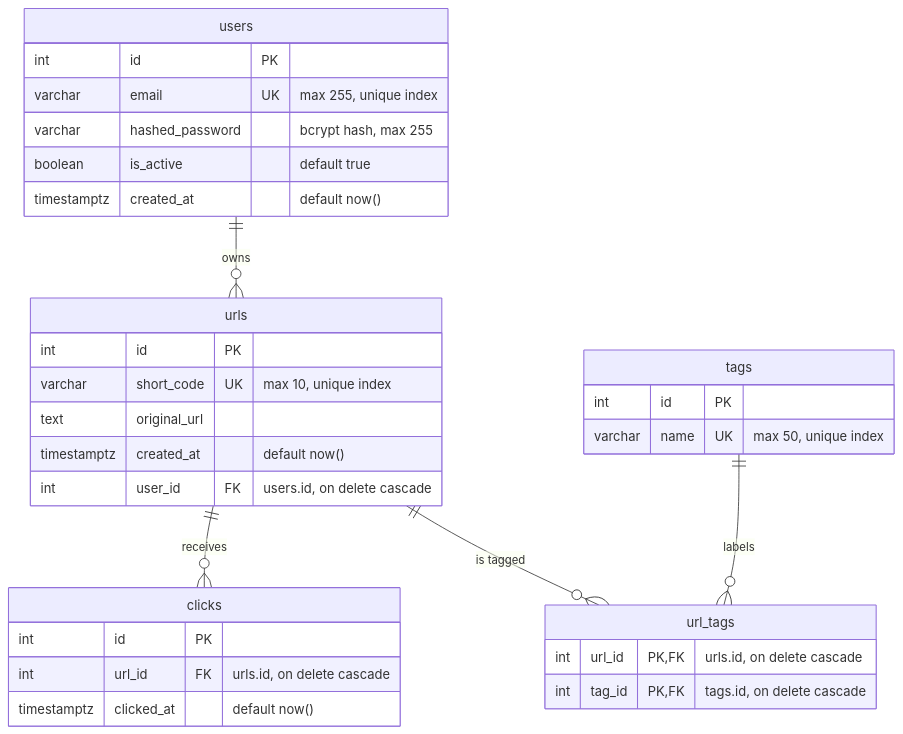
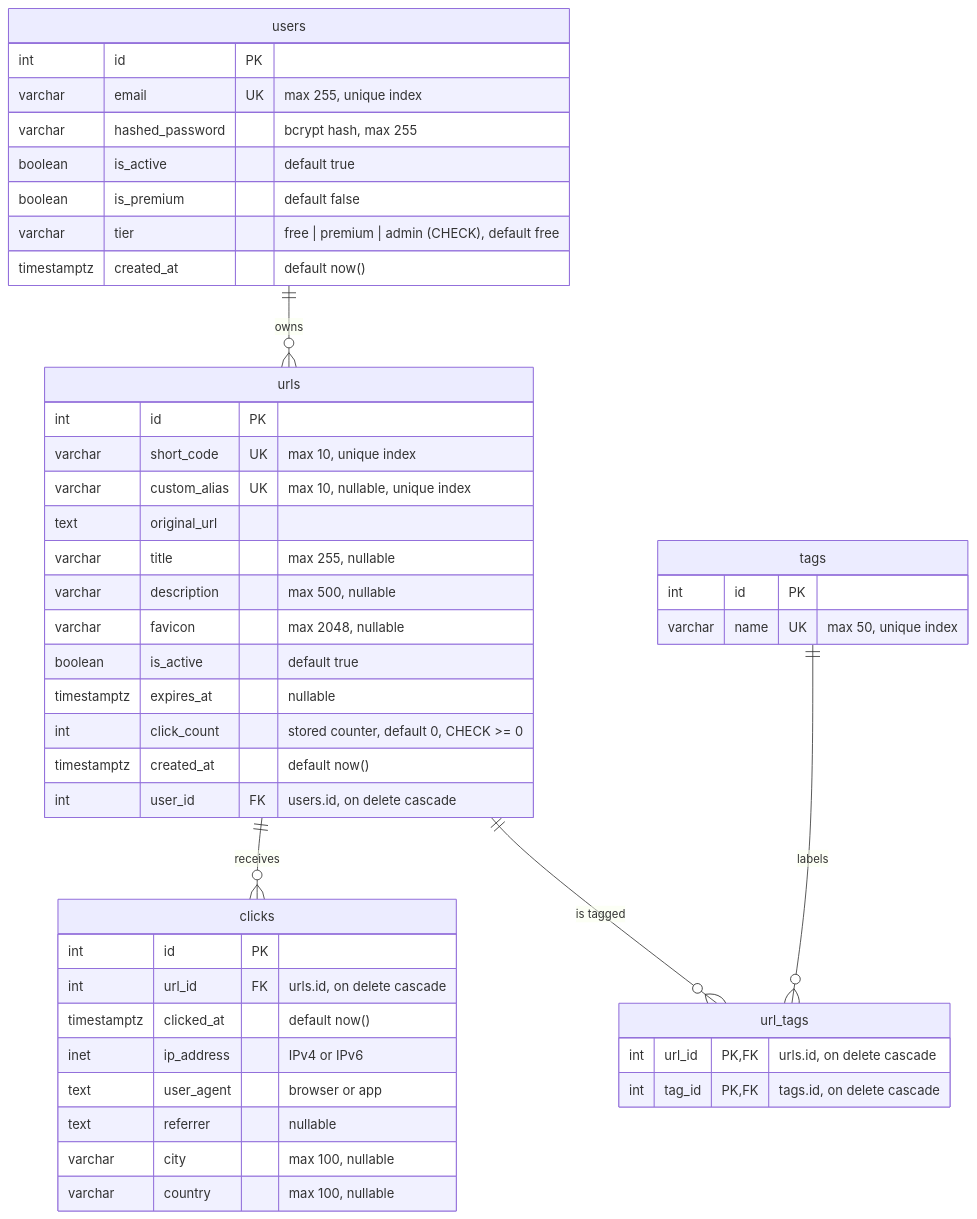
Before and after one commit to TaylorChongo/URL-Shortener-Microservice: the diagram in README.md, drawn with Mermaid. The commit also changed other lines of this file, not shown here.

Commit message:
update readme for new fields, stored click count and migrations 5-7

````diff
--- a/README.md
+++ b/README.md
@@ -135,39 +138,53 @@
 ```mermaid
 erDiagram
     users ||--o{ urls : "owns"
     urls ||--o{ clicks : "receives"
     urls ||--o{ url_tags : "is tagged"
     tags ||--o{ url_tags : "labels"
 
     users {
         int id PK
         varchar email UK "max 255, unique index"
         varchar hashed_password "bcrypt hash, max 255"
         boolean is_active "default true"
+        boolean is_premium "default false"
+        varchar tier "free | premium | admin (CHECK), default free"
         timestamptz created_at "default now()"
     }
 
     urls {
         int id PK
         varchar short_code UK "max 10, unique index"
+        varchar custom_alias UK "max 10, nullable, unique index"
         text original_url
+        varchar title "max 255, nullable"
+        varchar description "max 500, nullable"
+        varchar favicon "max 2048, nullable"
+        boolean is_active "default true"
+        timestamptz expires_at "nullable"
+        int click_count "stored counter, default 0, CHECK >= 0"
         timestamptz created_at "default now()"
         int user_id FK "users.id, on delete cascade"
     }
 
     clicks {
         int id PK
         int url_id FK "urls.id, on delete cascade"
         timestamptz clicked_at "default now()"
+        inet ip_address "IPv4 or IPv6"
+        text user_agent "browser or app"
+        text referrer "nullable"
+        varchar city "max 100, nullable"
+        varchar country "max 100, nullable"
     }
 
     tags {
         int id PK
         varchar name UK "max 50, unique index"
     }
 
     url_tags {
         int url_id PK, FK "urls.id, on delete cascade"
         int tag_id PK, FK "tags.id, on delete cascade"
     }
 ```
````
